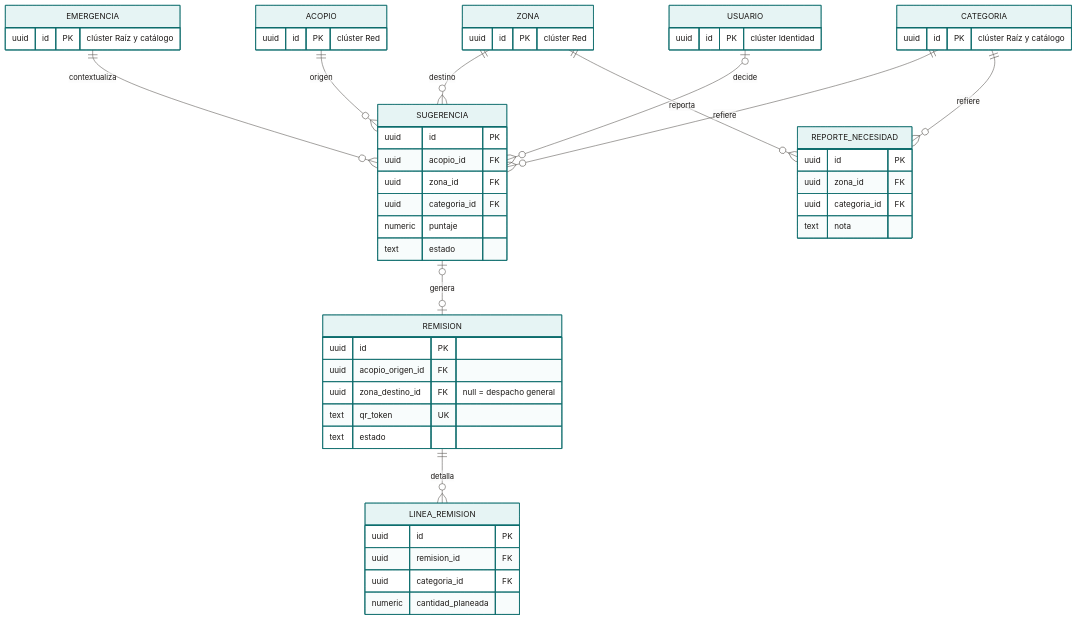
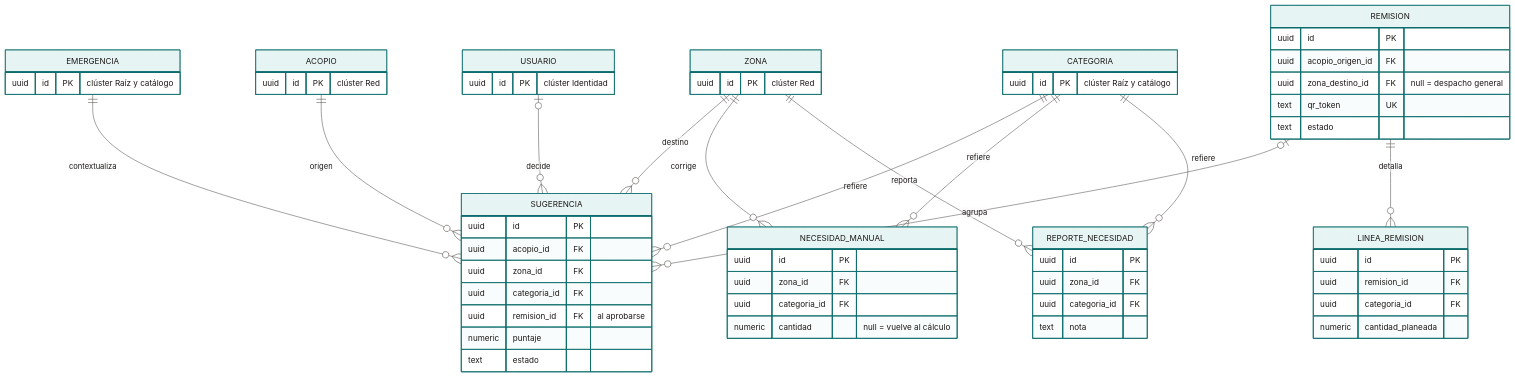
The diagram in docs/02-arquitectura/diagramas/mmd/er-05-motor.mmd (Proyecto-IngSoftware/acopio), drawn with Mermaid before and after one commit. The commit also changed 31 other files, not shown here.

First line of the commit message:
Avance 4: diagrama de paquetes, evidencia del Sprint 1 y Word unificado

```diff
--- a/docs/02-arquitectura/diagramas/mmd/er-05-motor.mmd
+++ b/docs/02-arquitectura/diagramas/mmd/er-05-motor.mmd
@@ -1,54 +1,63 @@
 %%{init: {"theme":"base","themeVariables":{"fontFamily":"Inter, Segoe UI, Arial, sans-serif","fontSize":"15px","primaryColor":"#E6F4F4","primaryTextColor":"#1C1917","primaryBorderColor":"#0F6E6E","secondaryColor":"#C7E8E8","tertiaryColor":"#FAFAF9","lineColor":"#57534E","textColor":"#1C1917","mainBkg":"#E6F4F4","nodeBorder":"#0F6E6E","clusterBkg":"#F5F5F4","clusterBorder":"#A8A29E","edgeLabelBackground":"#FFFFFF","attributeBackgroundColorOdd":"#FFFFFF","attributeBackgroundColorEven":"#F5F5F4"},"er":{"useMaxWidth":false},"flowchart":{"useMaxWidth":false,"htmlLabels":true,"curve":"basis"}}}%%
 erDiagram
     EMERGENCIA ||--o{ SUGERENCIA : contextualiza
     ACOPIO ||--o{ SUGERENCIA : origen
     ZONA   ||--o{ SUGERENCIA : destino
     CATEGORIA ||--o{ SUGERENCIA : refiere
     USUARIO |o--o{ SUGERENCIA : decide
-    SUGERENCIA |o--o| REMISION : genera
+    REMISION |o--o{ SUGERENCIA : agrupa
+    ZONA ||--o{ NECESIDAD_MANUAL : corrige
+    CATEGORIA ||--o{ NECESIDAD_MANUAL : refiere
     REMISION ||--o{ LINEA_REMISION : detalla
     ZONA ||--o{ REPORTE_NECESIDAD : reporta
     CATEGORIA ||--o{ REPORTE_NECESIDAD : refiere
 
     EMERGENCIA {
         uuid id PK "clúster Raíz y catálogo"
     }
     ACOPIO {
         uuid id PK "clúster Red"
     }
     ZONA {
         uuid id PK "clúster Red"
     }
     CATEGORIA {
         uuid id PK "clúster Raíz y catálogo"
     }
     USUARIO {
         uuid id PK "clúster Identidad"
     }
     SUGERENCIA {
         uuid id PK
         uuid acopio_id FK
         uuid zona_id FK
         uuid categoria_id FK
+        uuid remision_id FK "al aprobarse"
         numeric puntaje
         text estado
     }
     REMISION {
         uuid id PK
         uuid acopio_origen_id FK
         uuid zona_destino_id FK "null = despacho general"
         text qr_token UK
         text estado
     }
     LINEA_REMISION {
         uuid id PK
         uuid remision_id FK
         uuid categoria_id FK
         numeric cantidad_planeada
     }
     REPORTE_NECESIDAD {
         uuid id PK
         uuid zona_id FK
         uuid categoria_id FK
         text nota
     }
+    NECESIDAD_MANUAL {
+        uuid id PK
+        uuid zona_id FK
+        uuid categoria_id FK
+        numeric cantidad "null = vuelve al cálculo"
+    }
```
